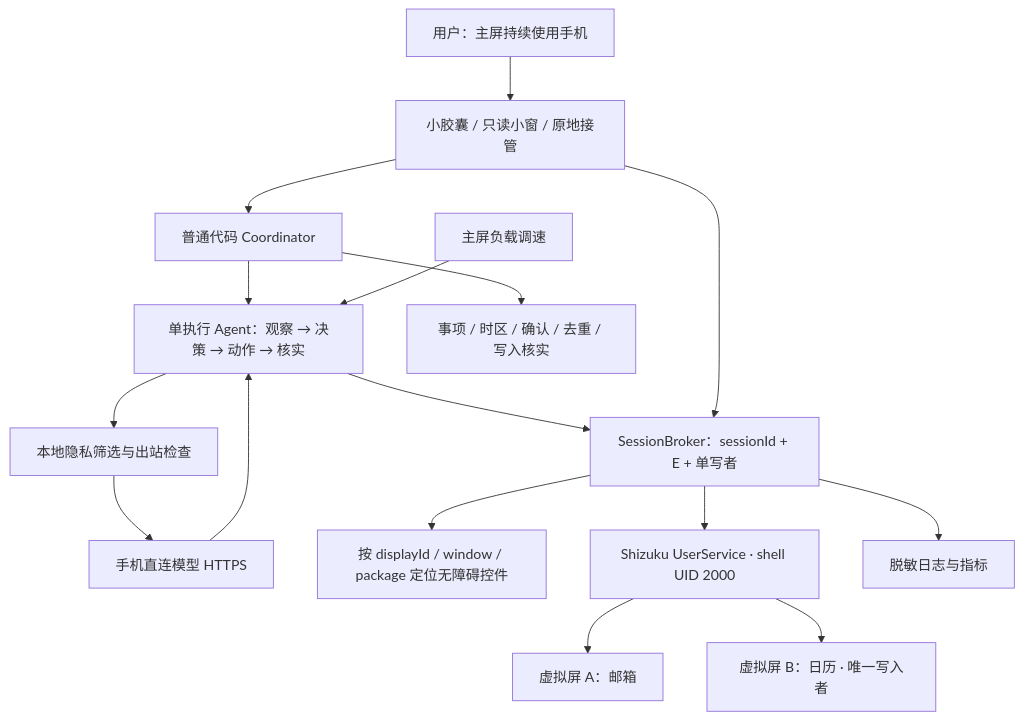
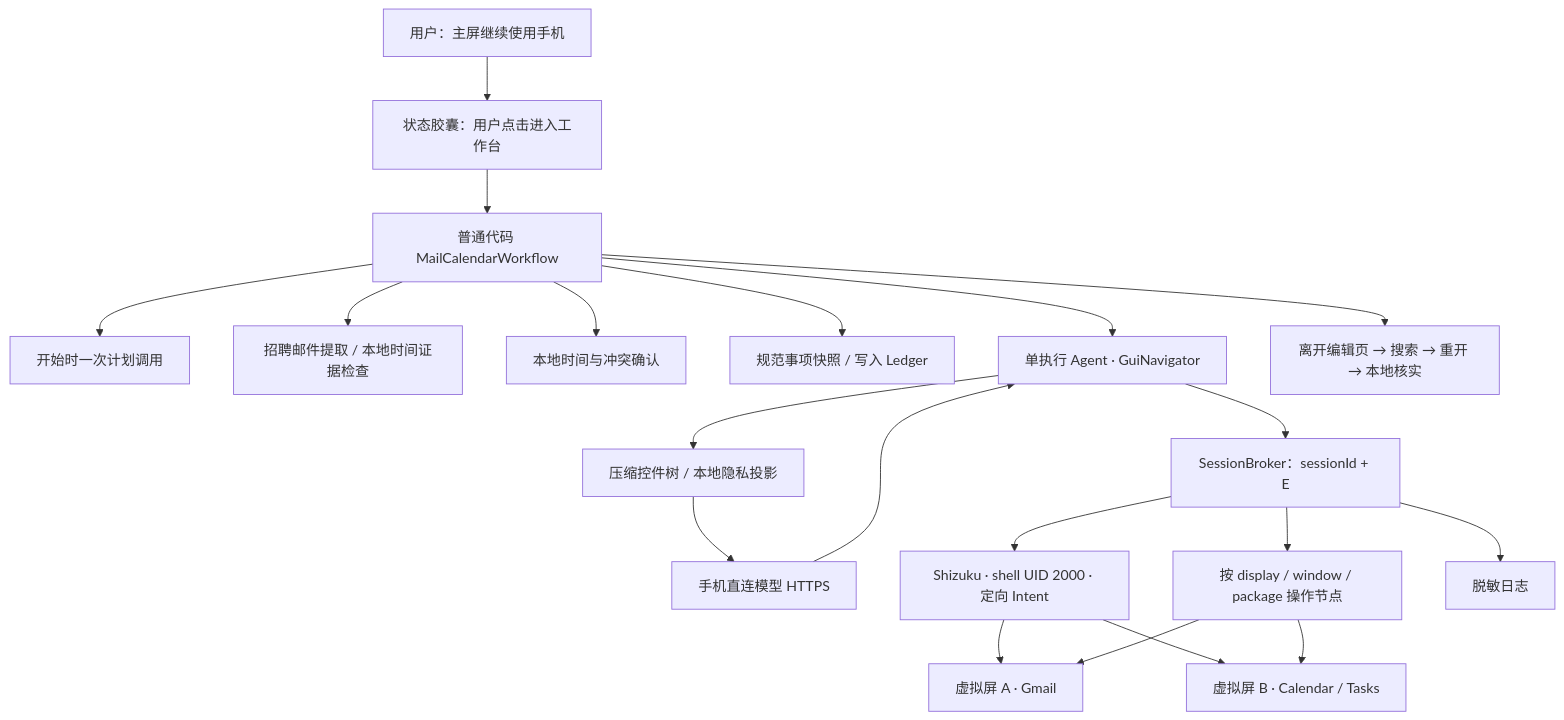
The diagram in README.md (Charlie-Uni/WellPhone-Bluewhale), drawn with Mermaid before and after one commit. The commit also changed other lines of this file and 32 other files, not shown here.

Commit message:
Implement recruitment mail-to-calendar workflow with verified writes

````diff
--- a/README.md
+++ b/README.md
@@ -26,18 +28,22 @@
 ```mermaid
 flowchart TB
-  User[用户：主屏持续使用手机] --> Capsule[小胶囊 / 只读小窗 / 原地接管]
-  Capsule --> Coordinator[普通代码 Coordinator]
-  Coordinator --> Runner[单执行 Agent：观察 → 决策 → 动作 → 核实]
-  Runner --> Privacy[本地隐私筛选与出站检查]
+  User[用户：主屏继续使用手机] --> Capsule[状态胶囊：用户点击进入工作台]
+  Capsule --> Workflow[普通代码 MailCalendarWorkflow]
+  Workflow --> Plan[开始时一次计划调用]
+  Workflow --> Extract[招聘邮件提取 / 本地时间证据检查]
+  Workflow --> Review[本地时间与冲突确认]
+  Workflow --> Ledger[规范事项快照 / 写入 Ledger]
+  Workflow --> Runner[单执行 Agent · GuiNavigator]
+  Runner --> Privacy[压缩控件树 / 本地隐私投影]
   Privacy --> Model[手机直连模型 HTTPS]
   Model --> Runner
-  Runner --> Broker[SessionBroker：sessionId + E + 单写者]
-  Capsule --> Broker
-  Broker --> A11y[按 displayId / window / package 定位无障碍控件]
-  Broker --> Shell[Shizuku UserService · shell UID 2000]
-  Shell --> A[虚拟屏 A：邮箱]
-  Shell --> B[虚拟屏 B：日历 · 唯一写入者]
-  Coordinator --> Items[事项 / 时区 / 确认 / 去重 / 写入核实]
-  Broker --> Journal[脱敏日志与指标]
-  Governor[主屏负载调速] --> Runner
+  Runner --> Broker[SessionBroker：sessionId + E]
+  Broker --> A11y[按 display / window / package 操作节点]
+  Broker --> Shell[Shizuku · shell UID 2000 · 定向 Intent]
+  Shell --> A[虚拟屏 A · Gmail]
+  Shell --> B[虚拟屏 B · Calendar / Tasks]
+  A11y --> A
+  A11y --> B
+  Workflow --> Proof[离开编辑页 → 搜索 → 重开 → 本地核实]
+  Broker --> Journal[脱敏日志]
 ```
````
